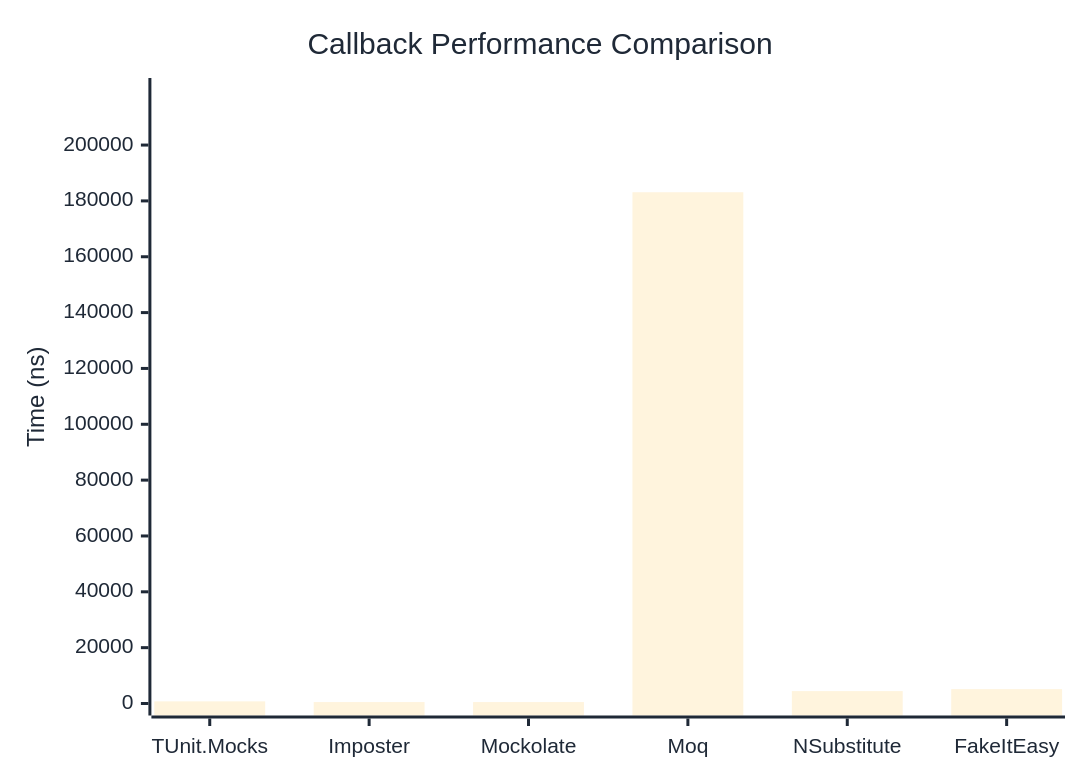
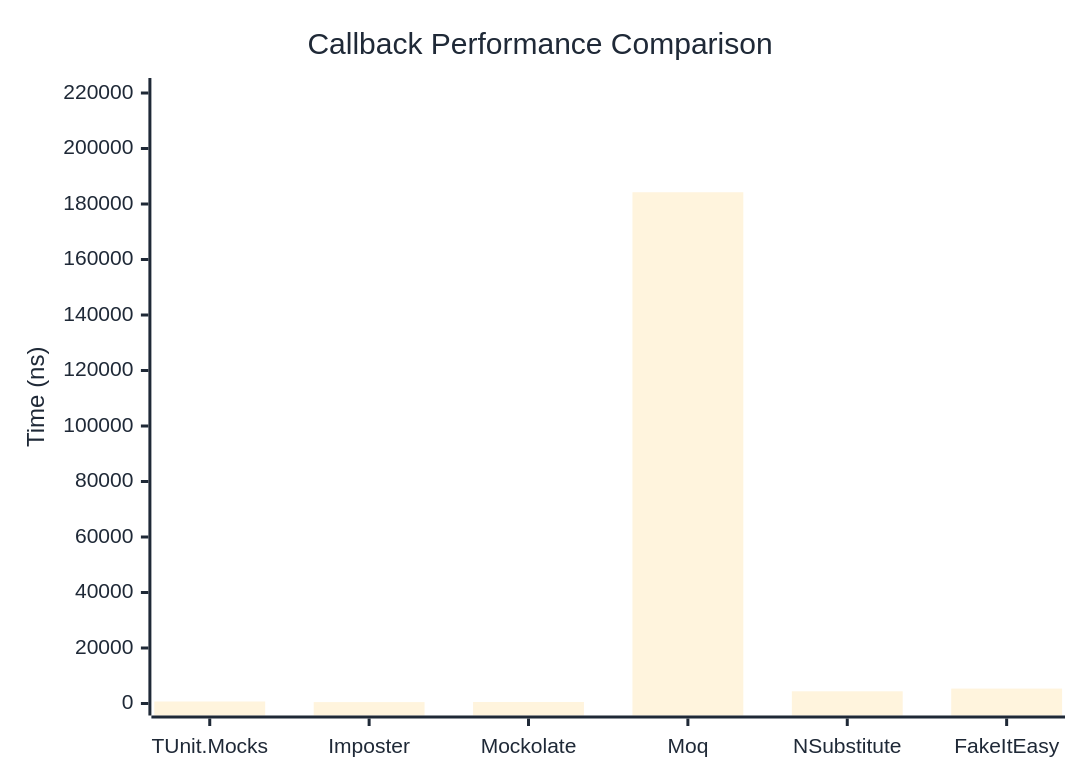
Before and after one commit to thomhurst/TUnit: the first of 2 diagrams in docs/docs/benchmarks/mocks/Callback.md, drawn with Mermaid. The commit also changed other lines of this file and 14 other files, not shown here.

````diff
--- a/docs/docs/benchmarks/mocks/Callback.md
+++ b/docs/docs/benchmarks/mocks/Callback.md
@@ -28,27 +28,27 @@
 ```mermaid
 %%{init: {
   'theme':'base',
   'themeVariables': {
     'primaryColor': '#2563eb',
     'primaryTextColor': '#1f2937',
     'primaryBorderColor': '#1e40af',
     'lineColor': '#6b7280',
     'secondaryColor': '#7c3aed',
     'tertiaryColor': '#dc2626',
     'background': '#ffffff',
     'pie1': '#2563eb',
     'pie2': '#7c3aed',
     'pie3': '#dc2626',
     'pie4': '#f59e0b',
     'pie5': '#10b981',
     'pie6': '#06b6d4',
     'pie7': '#ec4899',
     'pie8': '#6366f1'
   }
 }}%%
 xychart-beta
   title "Callback Performance Comparison"
   x-axis ["TUnit.Mocks", "Imposter", "Mockolate", "Moq", "NSubstitute", "FakeItEasy"]
-  y-axis "Time (ns)" 0 --> 219720
-  bar [768.9, 514.7, 510, 183100, 4444.2, 5142.2]
+  y-axis "Time (ns)" 0 --> 221085
+  bar [720.1, 502.2, 548.4, 184237.4, 4398.4, 5376.3]
 ```
````
